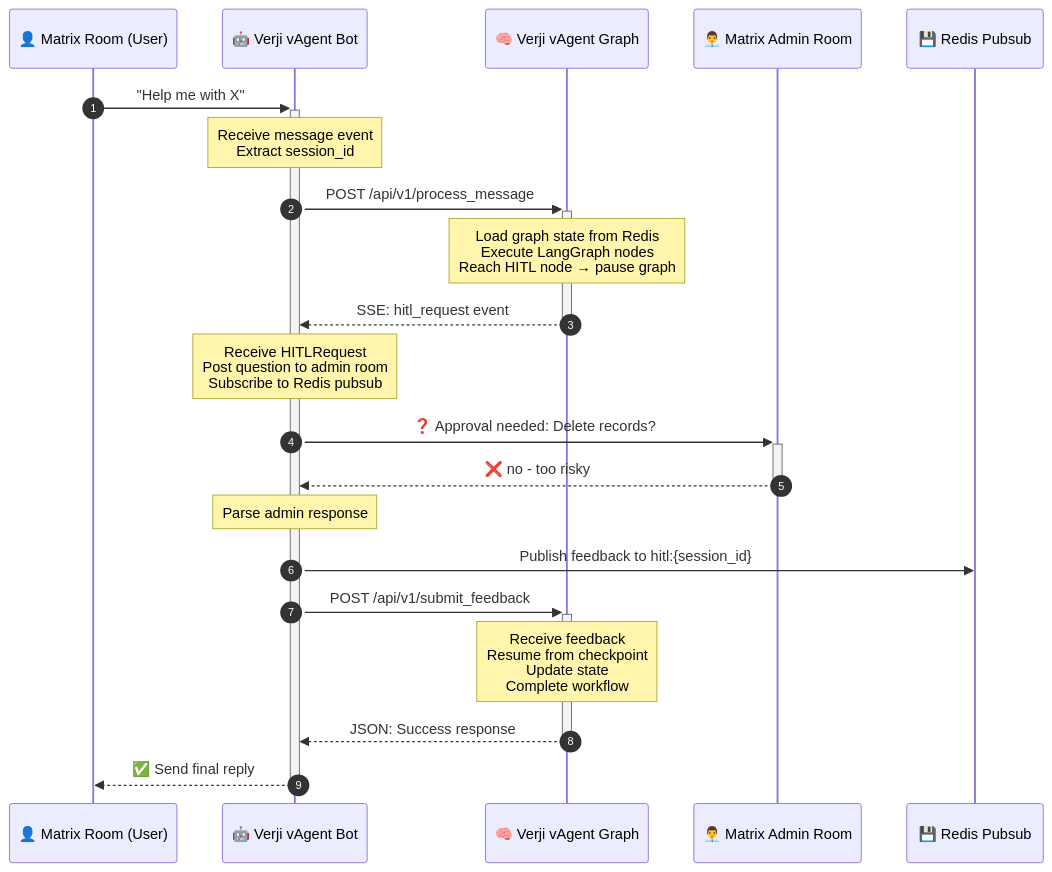
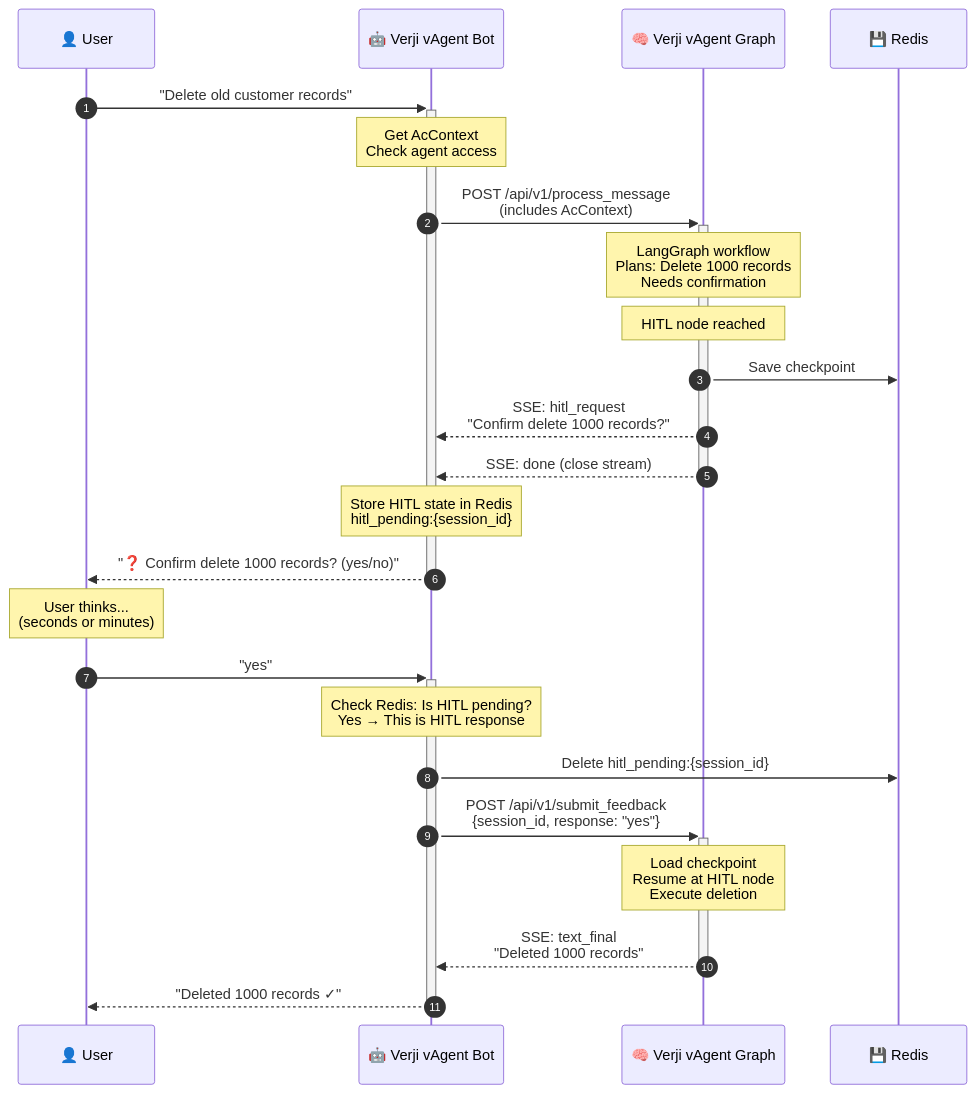
Before and after one commit to verji/verji-ai-agent: the second of 3 diagrams in ARCHITECTURE.md, drawn with Mermaid. The commit also changed other lines of this file and 1 other file, not shown here.

````diff
--- a/ARCHITECTURE.md
+++ b/ARCHITECTURE.md
@@ -226,24 +541,33 @@
 ```mermaid
 sequenceDiagram
     autonumber
-    participant User as 👤 Matrix Room (User)
+    participant User as 👤 User
     participant Bot as 🤖 Verji vAgent Bot
     participant Graph as 🧠 Verji vAgent Graph
-    participant Admin as 👨‍💼 Matrix Admin Room
-    participant Redis as 💾 Redis Pubsub
+    participant Redis as 💾 Redis
 
-    User->>+Bot: "Help me with X"
-    Note over Bot: Receive message event<br/>Extract session_id
-    Bot->>+Graph: POST /api/v1/process_message
-    Note over Graph: Load graph state from Redis<br/>Execute LangGraph nodes<br/>Reach HITL node → pause graph
-    Graph-->>-Bot: SSE: hitl_request event
-    Note over Bot: Receive HITLRequest<br/>Post question to admin room<br/>Subscribe to Redis pubsub
-    Bot->>+Admin: ❓ Approval needed: Delete records?
-    Admin-->>-Bot: ❌ no - too risky
-    Note over Bot: Parse admin response
-    Bot->>Redis: Publish feedback to hitl:{session_id}
-    Bot->>+Graph: POST /api/v1/submit_feedback
-    Note over Graph: Receive feedback<br/>Resume from checkpoint<br/>Update state<br/>Complete workflow
-    Graph-->>-Bot: JSON: Success response
-    Bot-->>-User: ✅ Send final reply
+    User->>+Bot: "Delete old customer records"
+    Note over Bot: Get AcContext<br/>Check agent access
+    Bot->>+Graph: POST /api/v1/process_message<br/>(includes AcContext)
+
+    Note over Graph: LangGraph workflow<br/>Plans: Delete 1000 records<br/>Needs confirmation
+    Note over Graph: HITL node reached
+    Graph->>Redis: Save checkpoint
+    Graph-->>Bot: SSE: hitl_request<br/>"Confirm delete 1000 records?"
+    Graph-->>-Bot: SSE: done (close stream)
+
+    Note over Bot: Store HITL state in Redis<br/>hitl_pending:{session_id}
+    Bot-->>-User: "❓ Confirm delete 1000 records? (yes/no)"
+
+    Note over User: User thinks...<br/>(seconds or minutes)
+
+    User->>+Bot: "yes"
+    Note over Bot: Check Redis: Is HITL pending?<br/>Yes → This is HITL response
+    Bot->>Redis: Delete hitl_pending:{session_id}
+
+    Bot->>+Graph: POST /api/v1/submit_feedback<br/>{session_id, response: "yes"}
+    Note over Graph: Load checkpoint<br/>Resume at HITL node<br/>Execute deletion
+    Graph-->>-Bot: SSE: text_final<br/>"Deleted 1000 records"
+
+    Bot-->>-User: "Deleted 1000 records ✓"
 ```
````
